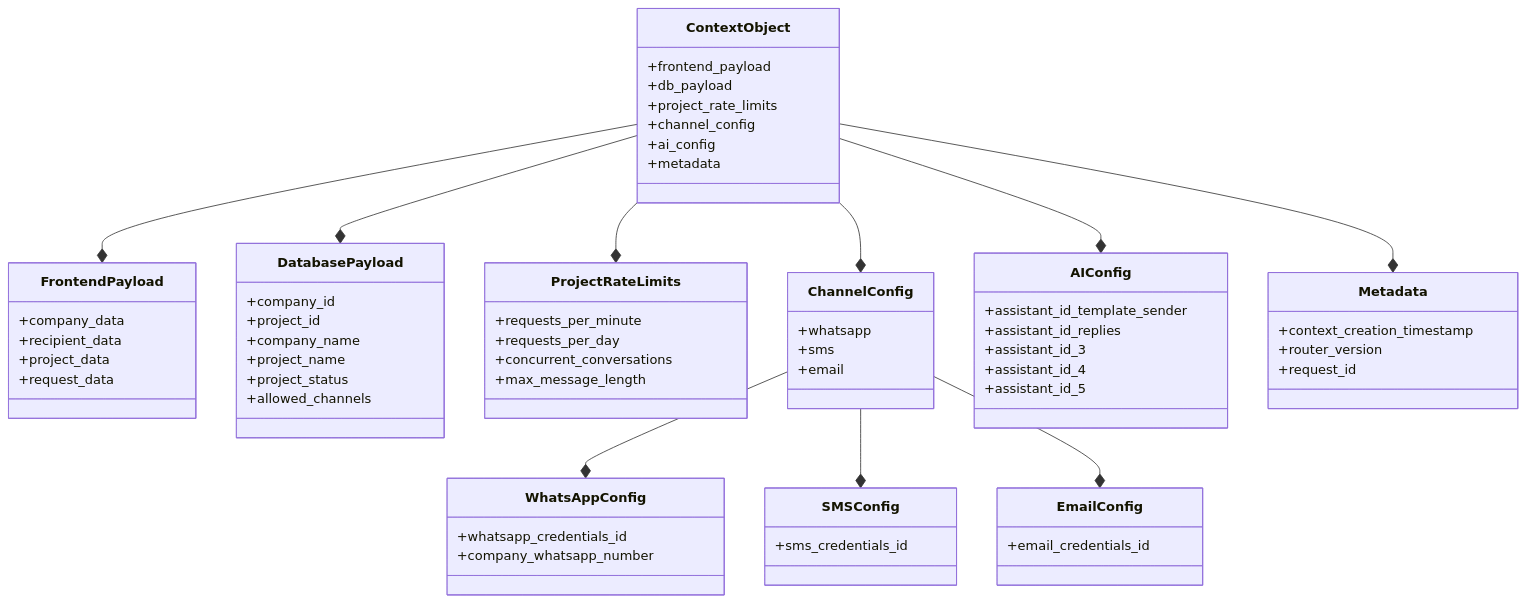
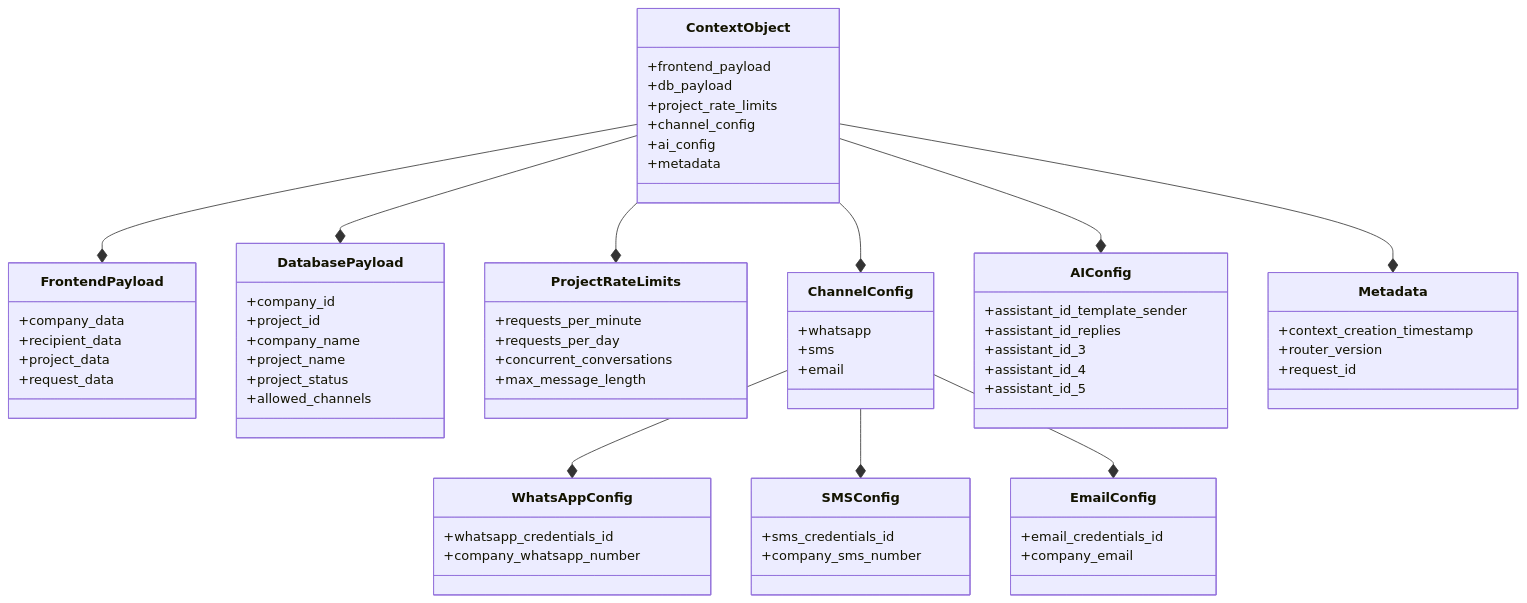
One commit to junksamiad/template-sender-engine changed the seventh of 7 diagrams in lld/channel-router/channel-router-diagrams-v1.0.md. Above: the diagram before and after it, drawn with Mermaid.

Commit message:
Update channel-router diagrams to include company_email and company_sms_number fields

````diff
--- a/lld/channel-router/channel-router-diagrams-v1.0.md
+++ b/lld/channel-router/channel-router-diagrams-v1.0.md
@@ -455,77 +455,79 @@
 ```mermaid
 classDiagram
     class ContextObject {
         +frontend_payload
         +db_payload
         +project_rate_limits
         +channel_config
         +ai_config
         +metadata
     }
     
     class FrontendPayload {
         +company_data
         +recipient_data
         +project_data
         +request_data
     }
     
     class DatabasePayload {
         +company_id
         +project_id
         +company_name
         +project_name
         +project_status
         +allowed_channels
     }
     
     class ProjectRateLimits {
         +requests_per_minute
         +requests_per_day
         +concurrent_conversations
         +max_message_length
     }
     
     class ChannelConfig {
         +whatsapp
         +sms
         +email
     }
     
     class WhatsAppConfig {
         +whatsapp_credentials_id
         +company_whatsapp_number
     }
     
     class SMSConfig {
         +sms_credentials_id
+        +company_sms_number
     }
     
     class EmailConfig {
         +email_credentials_id
+        +company_email
     }
     
     class AIConfig {
         +assistant_id_template_sender
         +assistant_id_replies
         +assistant_id_3
         +assistant_id_4
         +assistant_id_5
     }
     
     class Metadata {
         +context_creation_timestamp
         +router_version
         +request_id
     }
     
     ContextObject --* FrontendPayload
     ContextObject --* DatabasePayload
     ContextObject --* ProjectRateLimits
     ContextObject --* ChannelConfig
     ContextObject --* AIConfig
     ContextObject --* Metadata
     ChannelConfig --* WhatsAppConfig
     ChannelConfig --* SMSConfig
     ChannelConfig --* EmailConfig
 ```
````
